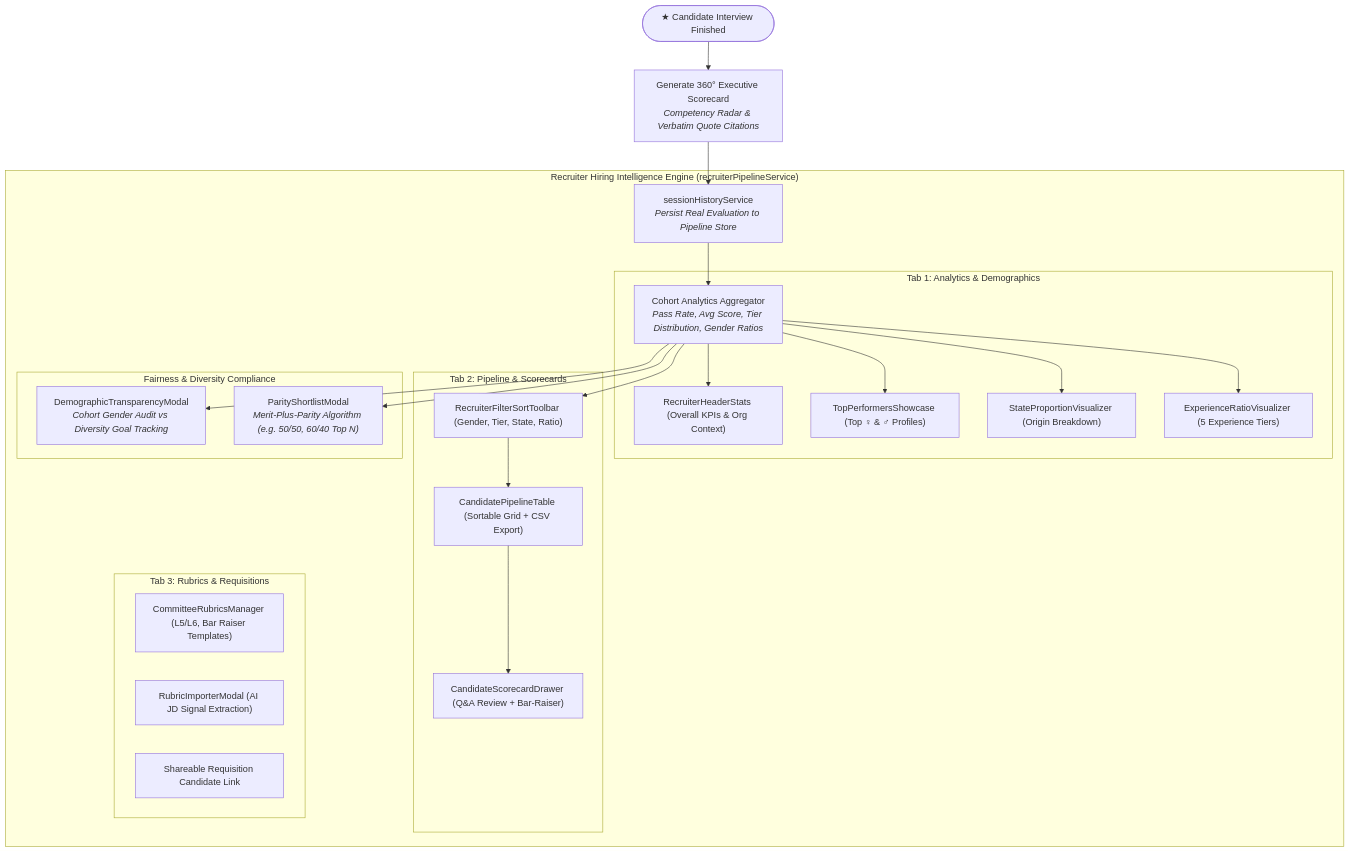
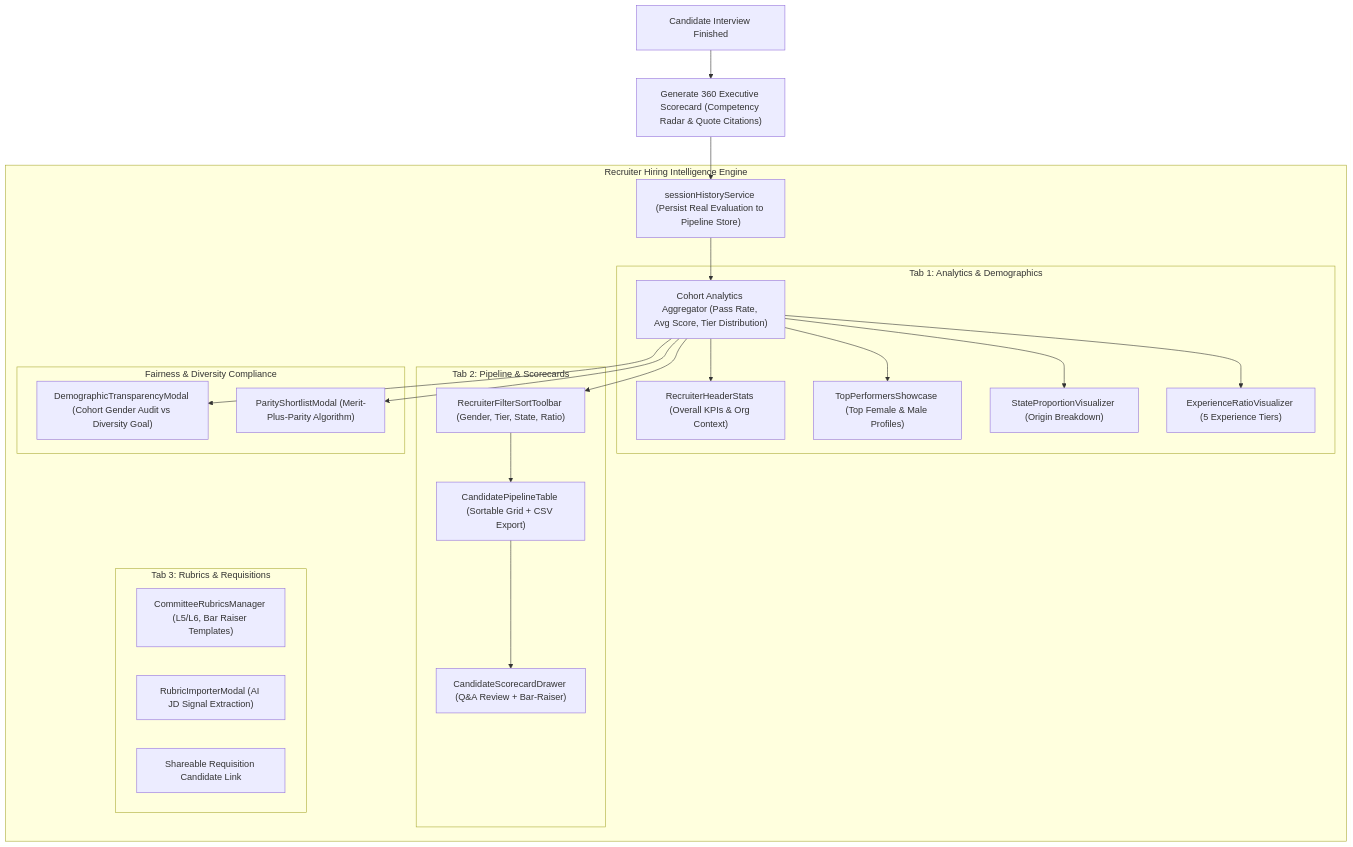
The fifth of 6 diagrams in README.md (RiyanshiVerma-11/Vocalis-AI), drawn with Mermaid before and after one commit. The commit also changed other lines of this file and 31 other files, not shown here.

````diff
--- a/README.md
+++ b/README.md
@@ -327,36 +319,36 @@
 ```mermaid
 flowchart TD
-    FinishInterview([★ Candidate Interview Finished]) --> GenScorecard["Generate 360° Executive Scorecard<br/><i>Competency Radar & Verbatim Quote Citations</i>"]
-    GenScorecard --> LocalPersist["sessionHistoryService<br/><i>Persist Real Evaluation to Pipeline Store</i>"]
+    FinishInterview["Candidate Interview Finished"] --> GenScorecard["Generate 360 Executive Scorecard (Competency Radar & Quote Citations)"]
+    GenScorecard --> LocalPersist["sessionHistoryService (Persist Real Evaluation to Pipeline Store)"]
 
-    subgraph RecruiterEngine ["Recruiter Hiring Intelligence Engine (recruiterPipelineService)"]
-        LocalPersist --> Aggregator["Cohort Analytics Aggregator<br/><i>Pass Rate, Avg Score, Tier Distribution, Gender Ratios</i>"]
+    subgraph RecruiterEngine ["Recruiter Hiring Intelligence Engine"]
+        LocalPersist --> Aggregator["Cohort Analytics Aggregator (Pass Rate, Avg Score, Tier Distribution)"]
         
         subgraph View1 ["Tab 1: Analytics & Demographics"]
             Aggregator --> KpiBanner["RecruiterHeaderStats (Overall KPIs & Org Context)"]
-            Aggregator --> TopCards["TopPerformersShowcase (Top ♀ & ♂ Profiles)"]
+            Aggregator --> TopCards["TopPerformersShowcase (Top Female & Male Profiles)"]
             Aggregator --> StateChart["StateProportionVisualizer (Origin Breakdown)"]
             Aggregator --> TierChart["ExperienceRatioVisualizer (5 Experience Tiers)"]
         end
 
         subgraph View2 ["Tab 2: Pipeline & Scorecards"]
             Aggregator --> FilterBar["RecruiterFilterSortToolbar (Gender, Tier, State, Ratio)"]
             FilterBar --> PipeTable["CandidatePipelineTable (Sortable Grid + CSV Export)"]
             PipeTable --> Drawer360["CandidateScorecardDrawer (Q&A Review + Bar-Raiser)"]
         end
 
         subgraph View3 ["Tab 3: Rubrics & Requisitions"]
             RubricsMgr["CommitteeRubricsManager (L5/L6, Bar Raiser Templates)"]
             RubricModal["RubricImporterModal (AI JD Signal Extraction)"]
             ApplyLink["Shareable Requisition Candidate Link"]
         end
 
         subgraph FairnessTools ["Fairness & Diversity Compliance"]
-            DemoAudit["DemographicTransparencyModal<br/><i>Cohort Gender Audit vs Diversity Goal Tracking</i>"]
-            ParityEngine["ParityShortlistModal<br/><i>Merit-Plus-Parity Algorithm (e.g. 50/50, 60/40 Top N)</i>"]
+            DemoAudit["DemographicTransparencyModal (Cohort Gender Audit vs Diversity Goal)"]
+            ParityEngine["ParityShortlistModal (Merit-Plus-Parity Algorithm)"]
         end
 
         Aggregator --> DemoAudit
         Aggregator --> ParityEngine
     end
 ```
````
